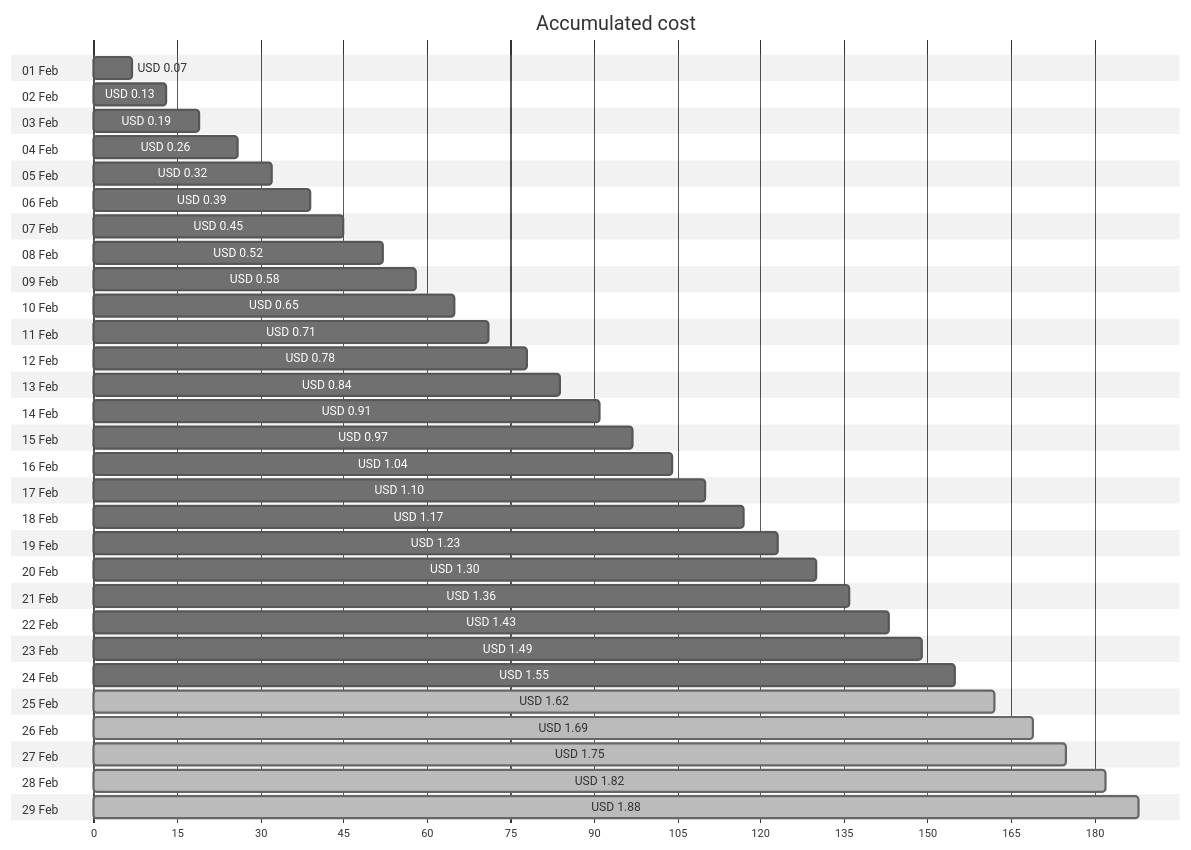
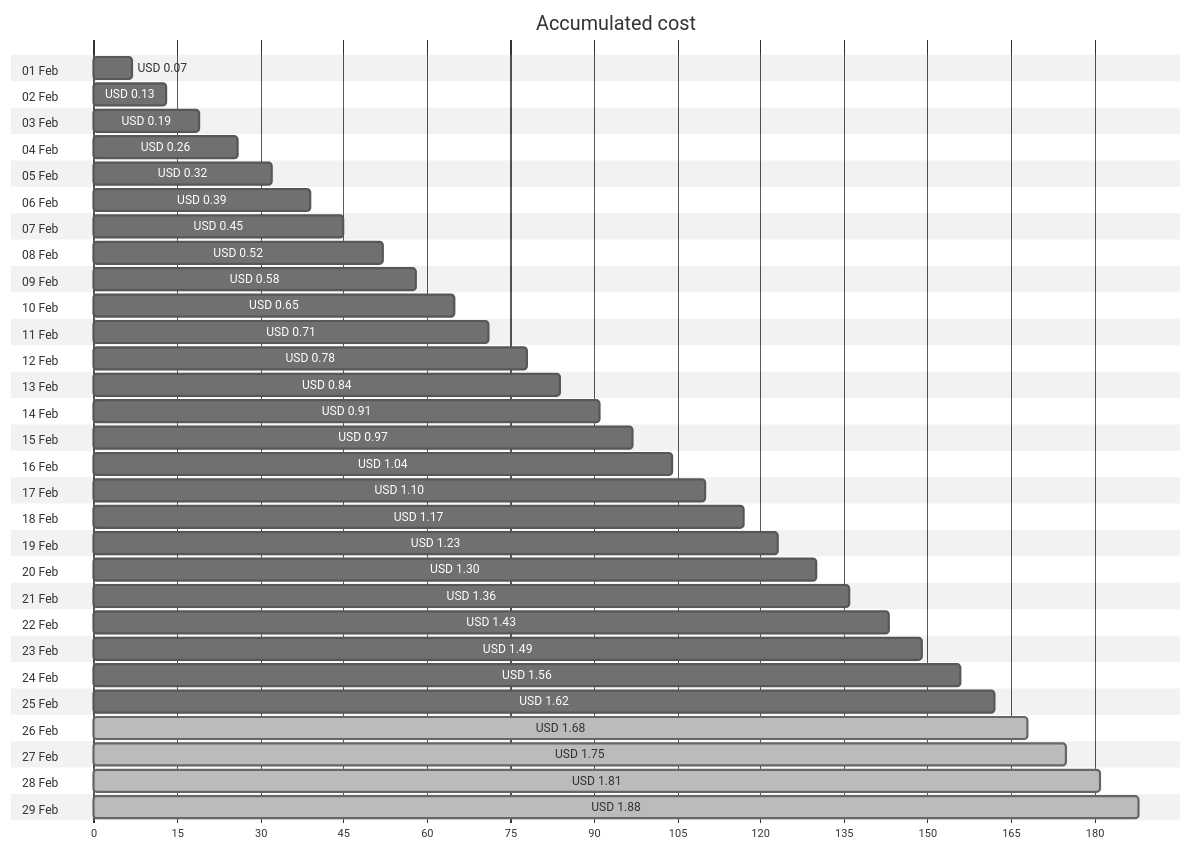
The first of 4 diagrams in cost-reports/personal-network/backup-server_OsDisk.md (jpfulton/azure-personal-reports), drawn with Mermaid (neutral theme) before and after one commit. The commit also changed other lines of this file and 8 other files, not shown here.

````diff
--- a/cost-reports/personal-network/backup-server_OsDisk.md
+++ b/cost-reports/personal-network/backup-server_OsDisk.md
@@ -20,64 +20,64 @@
 ```mermaid
 gantt
    title Accumulated cost
    dateFormat  X
    axisFormat %s
    section 01 Feb
    USD 0.07 :0, 7
    section 02 Feb
    USD 0.13 :0, 13
    section 03 Feb
    USD 0.19 :0, 19
    section 04 Feb
    USD 0.26 :0, 26
    section 05 Feb
    USD 0.32 :0, 32
    section 06 Feb
    USD 0.39 :0, 39
    section 07 Feb
    USD 0.45 :0, 45
    section 08 Feb
    USD 0.52 :0, 52
    section 09 Feb
    USD 0.58 :0, 58
    section 10 Feb
    USD 0.65 :0, 65
    section 11 Feb
    USD 0.71 :0, 71
    section 12 Feb
    USD 0.78 :0, 78
    section 13 Feb
    USD 0.84 :0, 84
    section 14 Feb
    USD 0.91 :0, 91
    section 15 Feb
    USD 0.97 :0, 97
    section 16 Feb
    USD 1.04 :0, 104
    section 17 Feb
    USD 1.10 :0, 110
    section 18 Feb
    USD 1.17 :0, 117
    section 19 Feb
    USD 1.23 :0, 123
    section 20 Feb
    USD 1.30 :0, 130
    section 21 Feb
    USD 1.36 :0, 136
    section 22 Feb
    USD 1.43 :0, 143
    section 23 Feb
    USD 1.49 :0, 149
    section 24 Feb
-   USD 1.55 :0, 155
+   USD 1.56 :0, 156
    section 25 Feb
-   USD 1.62 : done, 0, 162
+   USD 1.62 :0, 162
    section 26 Feb
-   USD 1.69 : done, 0, 169
+   USD 1.68 : done, 0, 168
    section 27 Feb
    USD 1.75 : done, 0, 175
    section 28 Feb
-   USD 1.82 : done, 0, 182
+   USD 1.81 : done, 0, 181
    section 29 Feb
    USD 1.88 : done, 0, 188
 ```
````
